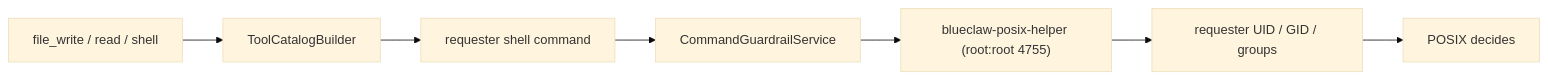
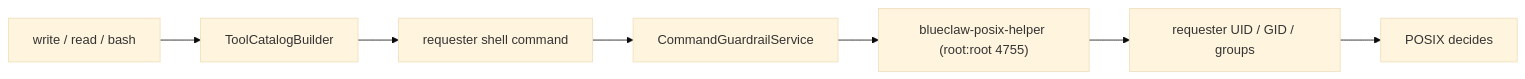
The first of 2 diagrams in docs/architecture.md (yeomyeonggeori/blueclaw), drawn with Mermaid (base theme) before and after one commit. The commit also changed other lines of this file and 44 other files, not shown here.

First line of the commit message:
refactor: expose read write edit bash plan equip (#396)

````diff
--- a/docs/architecture.md
+++ b/docs/architecture.md
@@ -481,9 +481,9 @@
 ```mermaid
 flowchart LR
-  Tool["file_write / read / shell"] --> Catalog["ToolCatalogBuilder"]
+  Tool["write / read / bash"] --> Catalog["ToolCatalogBuilder"]
   Catalog --> Shell["requester shell command"]
   Shell --> Guardrail["CommandGuardrailService"]
   Guardrail --> Helper["blueclaw-posix-helper (root:root 4755)"]
   Helper --> Requester["requester UID / GID / groups"]
   Requester --> POSIX["POSIX decides"]
 ```
````
